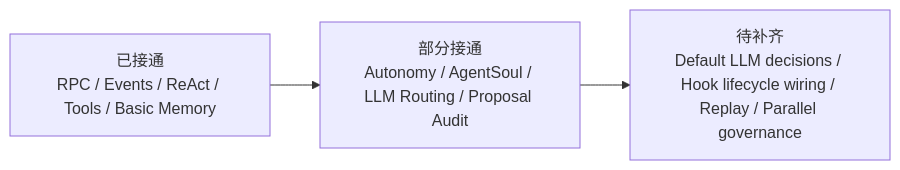
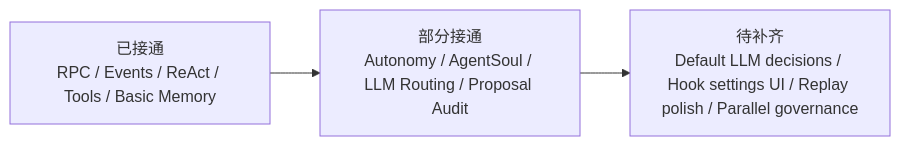
The ninth of 12 diagrams in docs/YUANBAO_AGENT_DOCS_CONSOLIDATED.md (sunhy339/yuanbao_agent), drawn with Mermaid before and after one commit. The commit also changed other lines of this file and 12 other files, not shown here.

````diff
--- a/docs/YUANBAO_AGENT_DOCS_CONSOLIDATED.md
+++ b/docs/YUANBAO_AGENT_DOCS_CONSOLIDATED.md
@@ -801,5 +801,5 @@
 ```mermaid
 flowchart LR
   Done["已接通\nRPC / Events / ReAct / Tools / Basic Memory"] --> Partial["部分接通\nAutonomy / AgentSoul / LLM Routing / Proposal Audit"]
-  Partial --> Todo["待补齐\nDefault LLM decisions / Hook lifecycle wiring / Replay / Parallel governance"]
+  Partial --> Todo["待补齐\nDefault LLM decisions / Hook settings UI / Replay polish / Parallel governance"]
 ```
````
